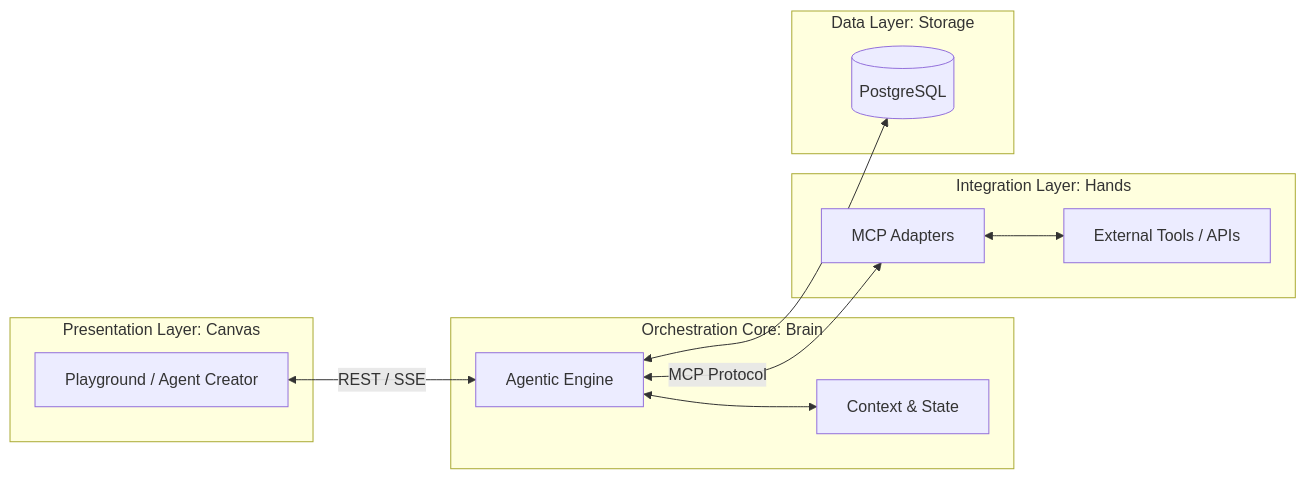
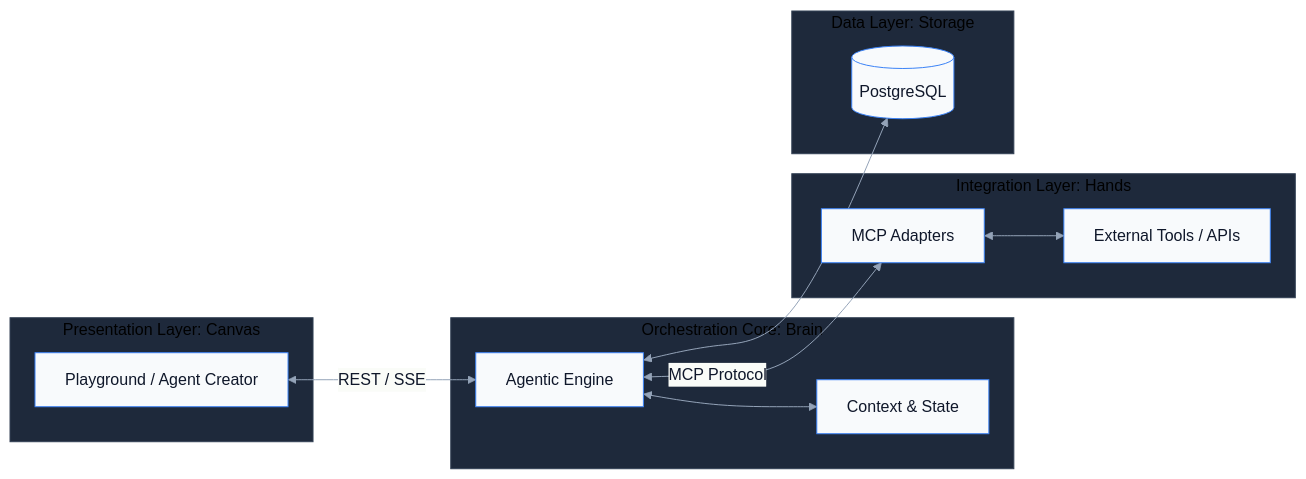
The second of 4 diagrams in README.md (Engineering-Reality/kachponz), drawn with Mermaid before and after one commit. The commit also changed other lines of this file, not shown here.

Commit message:
docs: style mermaid charts for dark mode visibility

````diff
--- a/README.md
+++ b/README.md
@@ -84,26 +85,27 @@
 ```mermaid
+%%{init: {'theme': 'base', 'themeVariables': { 'primaryColor': '#f8fafc', 'primaryTextColor': '#0f172a', 'primaryBorderColor': '#3b82f6', 'lineColor': '#94a3b8', 'clusterBkg': '#1e293b', 'clusterBorder': '#334155'}}}%%
 flowchart LR
     subgraph Canvas [Presentation Layer: Canvas]
         UI[Playground / Agent Creator]
     end
     
     subgraph Brain [Orchestration Core: Brain]
         Engine[Agentic Engine]
         Memory[Context & State]
     end
     
     subgraph Hands [Integration Layer: Hands]
         MCP[MCP Adapters]
         API[External Tools / APIs]
     end
     
     subgraph Storage [Data Layer: Storage]
         DB[(PostgreSQL)]
     end
     
     UI <-->|REST / SSE| Engine
     Engine <--> Memory
     Engine <-->|MCP Protocol| MCP
     MCP <--> API
     Engine <--> DB
 ```
````
